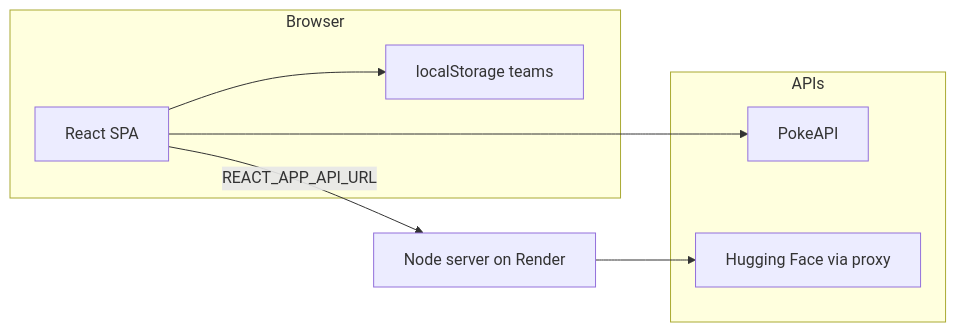
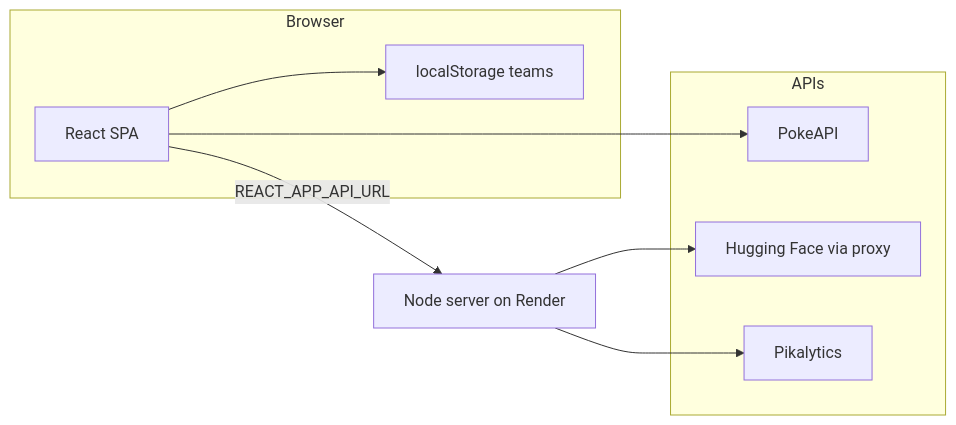
The diagram in README.md (hudsonferraz/pokedex), drawn with Mermaid before and after one commit. The commit also changed other lines of this file and 28 other files, not shown here.

````diff
--- a/README.md
+++ b/README.md
@@ -27,15 +27,17 @@
 ```mermaid
 flowchart LR
   subgraph browser [Browser]
     React[React SPA]
     LS[localStorage teams]
   end
   subgraph apis [APIs]
     PokeAPI[PokeAPI]
     HF[Hugging Face via proxy]
+    Pikalytics[Pikalytics]
   end
   React --> PokeAPI
   React --> LS
   React -->|REACT_APP_API_URL| Render[Node server on Render]
   Render --> HF
+  Render --> Pikalytics
 ```
````
